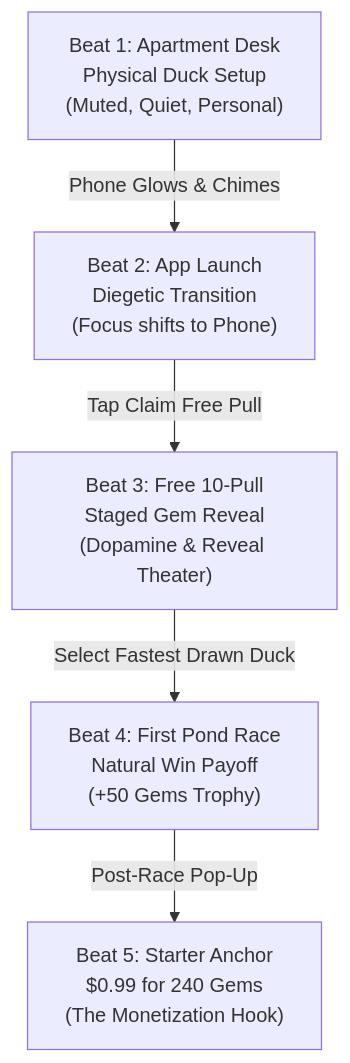
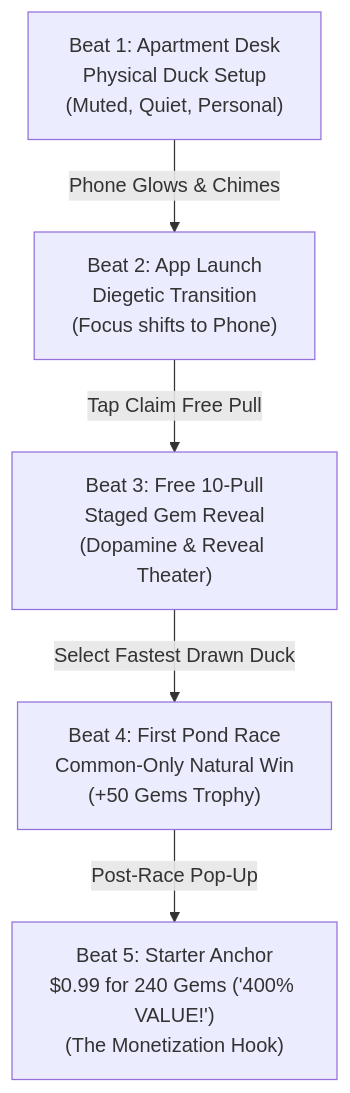
One commit to mrsmithelhs/Quackpot changed the second of 2 diagrams in reports/development/plan-12-guided-opening-and-shop-progression/proposal.md. Above: the diagram before and after it, drawn with Mermaid. The commit also changed other lines of this file and 1 other file, not shown here.

Commit message:
fix(plan-12): apply repair-02 cash timeline, coherent fixtures, and 400% anchor

````diff
--- a/reports/development/plan-12-guided-opening-and-shop-progression/proposal.md
+++ b/reports/development/plan-12-guided-opening-and-shop-progression/proposal.md
@@ -59,7 +101,7 @@
 ```mermaid
 flowchart TD
     A["Beat 1: Apartment Desk<br/>Physical Duck Setup<br/>(Muted, Quiet, Personal)"] -->|Phone Glows & Chimes| B["Beat 2: App Launch<br/>Diegetic Transition<br/>(Focus shifts to Phone)"]
     B -->|Tap Claim Free Pull| C["Beat 3: Free 10-Pull<br/>Staged Gem Reveal<br/>(Dopamine & Reveal Theater)"]
-    C -->|Select Fastest Drawn Duck| D["Beat 4: First Pond Race<br/>Natural Win Payoff<br/>(+50 Gems Trophy)"]
-    D -->|Post-Race Pop-Up| E["Beat 5: Starter Anchor<br/>$0.99 for 240 Gems<br/>(The Monetization Hook)"]
+    C -->|Select Fastest Drawn Duck| D["Beat 4: First Pond Race<br/>Common-Only Natural Win<br/>(+50 Gems Trophy)"]
+    D -->|Post-Race Pop-Up| E["Beat 5: Starter Anchor<br/>$0.99 for 240 Gems ('400% VALUE!')<br/>(The Monetization Hook)"]
 ```
````
